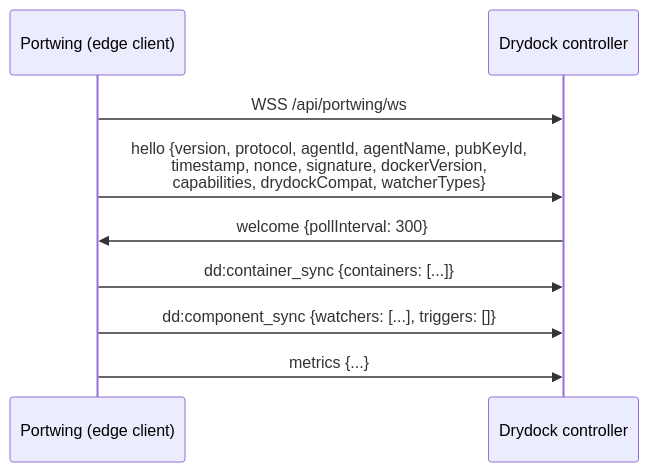
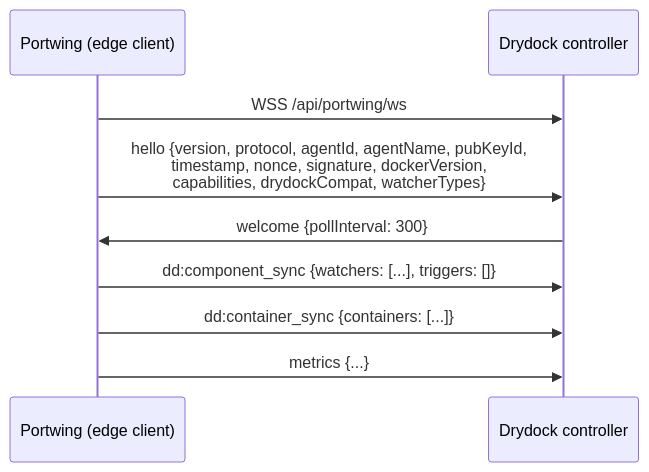
The third of 3 diagrams in docs/drydock-integration.md (CodesWhat/portwing), drawn with Mermaid before and after one commit. The commit also changed other lines of this file and 72 other files, not shown here.

````diff
--- a/docs/drydock-integration.md
+++ b/docs/drydock-integration.md
@@ -76,11 +76,11 @@
 ```mermaid
 sequenceDiagram
     participant L as Portwing (edge client)
     participant D as Drydock controller
     L->>D: WSS /api/portwing/ws
     L->>D: hello {version, protocol, agentId, agentName, pubKeyId,<br/>timestamp, nonce, signature, dockerVersion,<br/>capabilities, drydockCompat, watcherTypes}
     D->>L: welcome {pollInterval: 300}
+    L->>D: dd:component_sync {watchers: [...], triggers: []}
     L->>D: dd:container_sync {containers: [...]}
-    L->>D: dd:component_sync {watchers: [...], triggers: []}
     L->>D: metrics {...}
 ```
````
